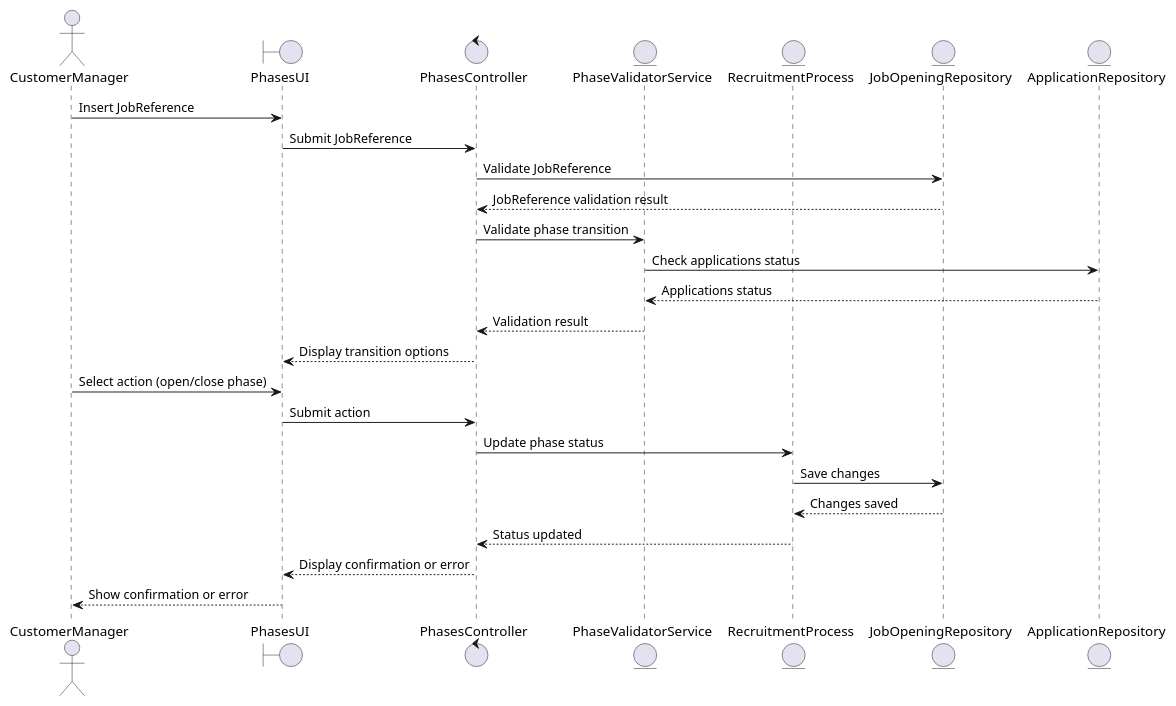
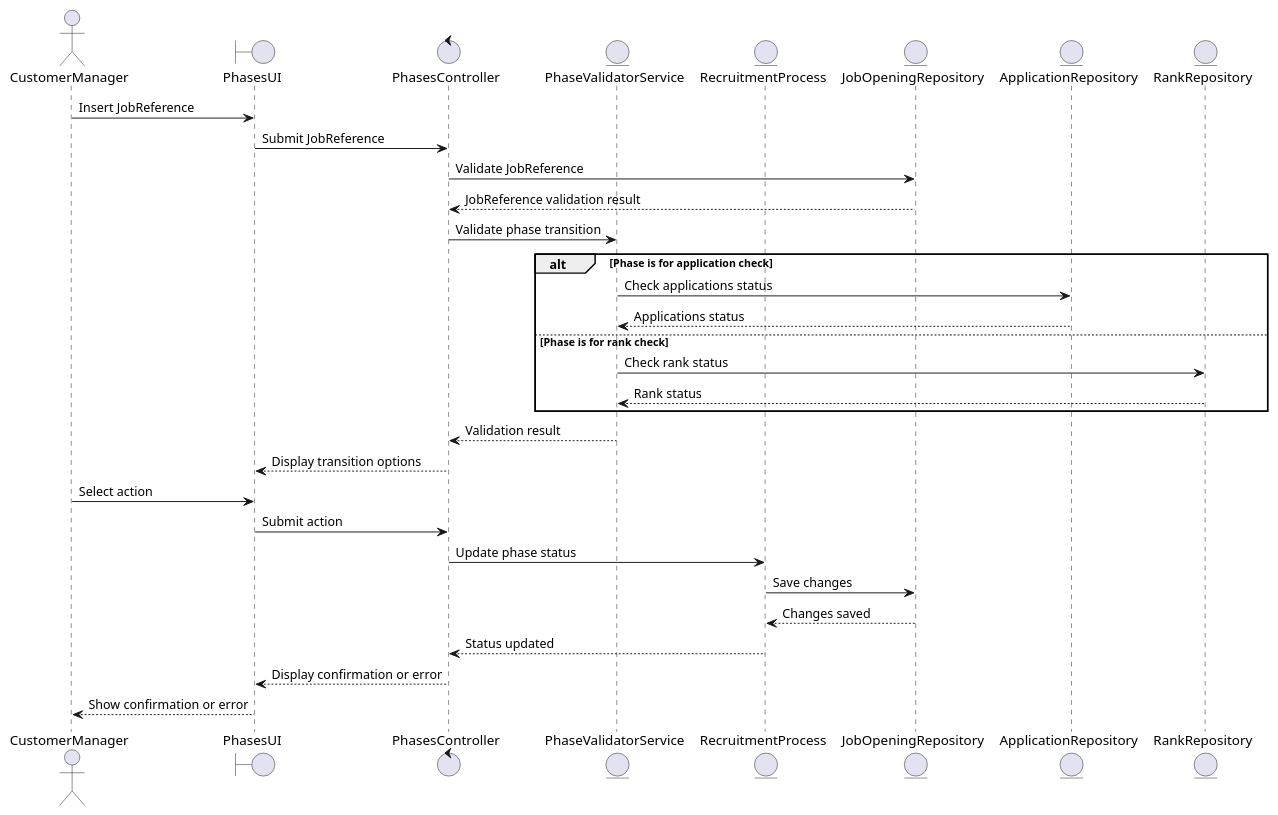
Before and after one commit to Mendoncaa/LAPR4: the diagram in docs/sprintC/US1010/03.design/puml/SD.puml, drawn with PlantUML. The commit also changed 4 other files, not shown here.

```diff
--- a/docs/sprintC/US1010/03.design/puml/SD.puml
+++ b/docs/sprintC/US1010/03.design/puml/SD.puml
@@ -1,27 +1,35 @@
 @startuml
 actor CustomerManager
 boundary PhasesUI
 control PhasesController
 entity PhaseValidatorService
 entity RecruitmentProcess
 entity JobOpeningRepository
 entity ApplicationRepository
+entity RankRepository
 
 CustomerManager -> PhasesUI: Insert JobReference
 PhasesUI -> PhasesController: Submit JobReference
 PhasesController -> JobOpeningRepository: Validate JobReference
 JobOpeningRepository --> PhasesController: JobReference validation result
 PhasesController -> PhaseValidatorService: Validate phase transition
-PhaseValidatorService -> ApplicationRepository: Check applications status
-ApplicationRepository --> PhaseValidatorService: Applications status
+
+alt Phase is for application check
+    PhaseValidatorService -> ApplicationRepository: Check applications status
+    ApplicationRepository --> PhaseValidatorService: Applications status
+else Phase is for rank check
+    PhaseValidatorService -> RankRepository: Check rank status
+    RankRepository --> PhaseValidatorService: Rank status
+end
+
 PhaseValidatorService --> PhasesController: Validation result
 PhasesController --> PhasesUI: Display transition options
-CustomerManager -> PhasesUI: Select action (open/close phase)
+CustomerManager -> PhasesUI: Select action
 PhasesUI -> PhasesController: Submit action
 PhasesController -> RecruitmentProcess: Update phase status
 RecruitmentProcess -> JobOpeningRepository: Save changes
 JobOpeningRepository --> RecruitmentProcess: Changes saved
 RecruitmentProcess --> PhasesController: Status updated
 PhasesController --> PhasesUI: Display confirmation or error
 PhasesUI --> CustomerManager: Show confirmation or error
 @enduml
```
